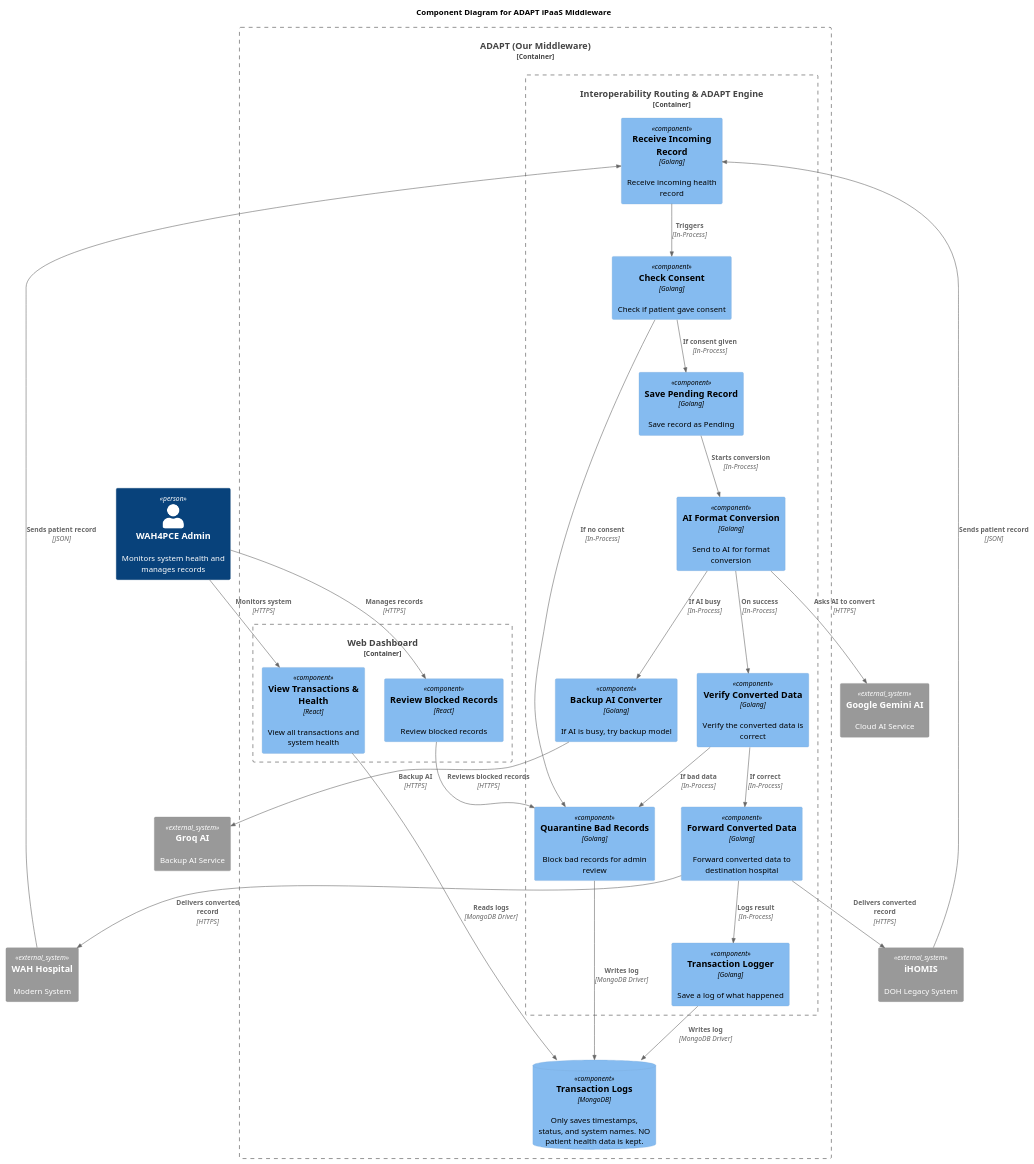
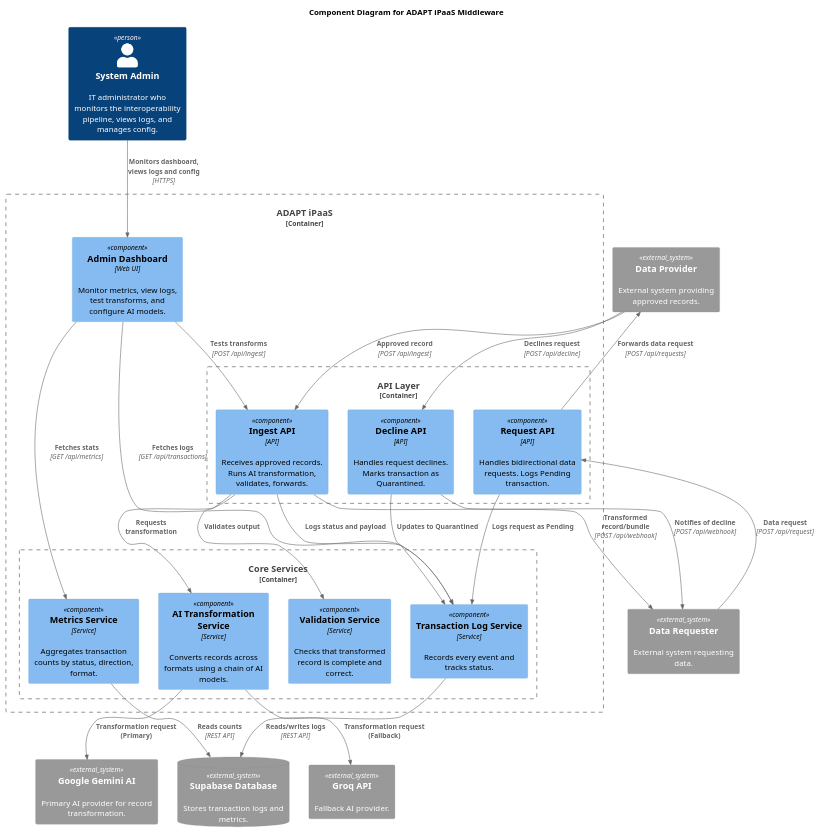
Before and after one commit to Vince0028/WAH4PCE-MERGE-CONFLICT: the diagram in diagrams/component_diagram/adapt_ipaas_component_diagram.puml, drawn with PlantUML.

Commit message:
feat: add PlantUML component diagram for ADAPT iPaaS architecture

```diff
--- a/diagrams/component_diagram/adapt_ipaas_component_diagram.puml
+++ b/diagrams/component_diagram/adapt_ipaas_component_diagram.puml
@@ -1,65 +1,59 @@
-@startuml ADAPT_iPaaS_Component
+@startuml ADAPT_iPaaS_Component_Diagram
 !include https://raw.githubusercontent.com/plantuml-stdlib/C4-PlantUML/master/C4_Component.puml
 
-'Diagram Title
 title Component Diagram for ADAPT iPaaS Middleware
 
-'Actors
-Person(admin, "WAH4PCE Admin", "Monitors system health and manages records")
+Person(admin, "System Admin", "IT administrator who monitors the interoperability pipeline, views logs, and manages config.")
 
-'External Systems
-System_Ext(ihomis, "iHOMIS", "DOH Legacy System")
-System_Ext(wah, "WAH Hospital", "Modern System")
-System_Ext(gemini, "Google Gemini AI", "Cloud AI Service")
-System_Ext(groq, "Groq AI", "Backup AI Service")
+System_Ext(gemini, "Google Gemini AI", "Primary AI provider for record transformation.")
+System_Ext(groq, "Groq API", "Fallback AI provider.")
+SystemDb_Ext(supabase, "Supabase Database", "Stores transaction logs and metrics.")
 
-Container_Boundary(adapt_ipaas, "ADAPT (Our Middleware)") {
+System_Ext(requester, "Data Requester", "External system requesting data.")
+System_Ext(provider, "Data Provider", "External system providing approved records.")
+
+Container_Boundary(adapt_ipaas, "ADAPT iPaaS") {
     
-    Container_Boundary(web_app, "Web Dashboard") {
-        Component(dashboard, "View Transactions & Health", "React", "View all transactions and system health")
-        Component(review, "Review Blocked Records", "React", "Review blocked records")
+    Component(dashboard, "Admin Dashboard", "Web UI", "Monitor metrics, view logs, test transforms, and configure AI models.")
+    
+    Container_Boundary(api_layer, "API Layer") {
+        Component(request_api, "Request API", "API", "Handles bidirectional data requests. Logs Pending transaction.")
+        Component(ingest_api, "Ingest API", "API", "Receives approved records. Runs AI transformation, validates, forwards.")
+        Component(decline_api, "Decline API", "API", "Handles request declines. Marks transaction as Quarantined.")
     }
 
-    Container_Boundary(api_app, "Interoperability Routing & ADAPT Engine") {
-        Component(step_receive, "Receive Incoming Record", "Golang", "Receive incoming health record")
-        Component(step_consent, "Check Consent", "Golang", "Check if patient gave consent")
-        Component(step_pending, "Save Pending Record", "Golang", "Save record as Pending")
-        Component(step_ai, "AI Format Conversion", "Golang", "Send to AI for format conversion")
-        Component(step_fallback, "Backup AI Converter", "Golang", "If AI is busy, try backup model")
-        Component(step_validate, "Verify Converted Data", "Golang", "Verify the converted data is correct")
-        Component(step_quarantine, "Quarantine Bad Records", "Golang", "Block bad records for admin review")
-        Component(step_forward, "Forward Converted Data", "Golang", "Forward converted data to destination hospital")
-        Component(step_log, "Transaction Logger", "Golang", "Save a log of what happened")
+    Container_Boundary(core_services, "Core Services") {
+        Component(ai_svc, "AI Transformation Service", "Service", "Converts records across formats using a chain of AI models.")
+        Component(validator, "Validation Service", "Service", "Checks that transformed record is complete and correct.")
+        Component(tx_log, "Transaction Log Service", "Service", "Records every event and tracks status.")
+        Component(metrics, "Metrics Service", "Service", "Aggregates transaction counts by status, direction, format.")
     }
-
-    ComponentDb(log_db, "Transaction Logs", "MongoDB", "Only saves timestamps, status, and system names. NO patient health data is kept.")
 }
 
-'Relationships
-Rel(ihomis, step_receive, "Sends patient record", "JSON")
-Rel(wah, step_receive, "Sends patient record", "JSON")
+Rel(admin, dashboard, "Monitors dashboard, views logs and config", "HTTPS")
 
-Rel(step_receive, step_consent, "Triggers", "In-Process")
-Rel(step_consent, step_pending, "If consent given", "In-Process")
-Rel(step_consent, step_quarantine, "If no consent", "In-Process")
-Rel(step_pending, step_ai, "Starts conversion", "In-Process")
-Rel(step_ai, step_validate, "On success", "In-Process")
-Rel(step_ai, step_fallback, "If AI busy", "In-Process")
-Rel(step_validate, step_forward, "If correct", "In-Process")
-Rel(step_validate, step_quarantine, "If bad data", "In-Process")
-Rel(step_forward, step_log, "Logs result", "In-Process")
-Rel(step_log, log_db, "Writes log", "MongoDB Driver")
-Rel(step_quarantine, log_db, "Writes log", "MongoDB Driver")
+Rel(dashboard, ingest_api, "Tests transforms", "POST /api/ingest")
+Rel(dashboard, tx_log, "Fetches logs", "GET /api/transactions")
+Rel(dashboard, metrics, "Fetches stats", "GET /api/metrics")
 
-Rel(step_forward, wah, "Delivers converted record", "HTTPS")
-Rel(step_forward, ihomis, "Delivers converted record", "HTTPS")
+Rel(requester, request_api, "Data request", "POST /api/request")
+Rel(provider, ingest_api, "Approved record", "POST /api/ingest")
+Rel(provider, decline_api, "Declines request", "POST /api/decline")
 
-Rel(step_ai, gemini, "Asks AI to convert", "HTTPS")
-Rel(step_fallback, groq, "Backup AI", "HTTPS")
+Rel(request_api, tx_log, "Logs request as Pending")
+Rel(decline_api, tx_log, "Updates to Quarantined")
 
-Rel(admin, dashboard, "Monitors system", "HTTPS")
-Rel(admin, review, "Manages records", "HTTPS")
-Rel(dashboard, log_db, "Reads logs", "MongoDB Driver")
-Rel(review, step_quarantine, "Reviews blocked records", "HTTPS")
+Rel(ingest_api, ai_svc, "Requests transformation")
+Rel(ingest_api, validator, "Validates output")
+Rel(ingest_api, tx_log, "Logs status and payload")
+
+Rel(ingest_api, requester, "Transformed record/bundle", "POST /api/webhook")
+Rel(request_api, provider, "Forwards data request", "POST /api/requests")
+Rel(decline_api, requester, "Notifies of decline", "POST /api/webhook")
+
+Rel(ai_svc, gemini, "Transformation request (Primary)")
+Rel(ai_svc, groq, "Transformation request (Fallback)")
+Rel(tx_log, supabase, "Reads/writes logs", "REST API")
+Rel(metrics, supabase, "Reads counts", "REST API")
 
 @enduml
```
